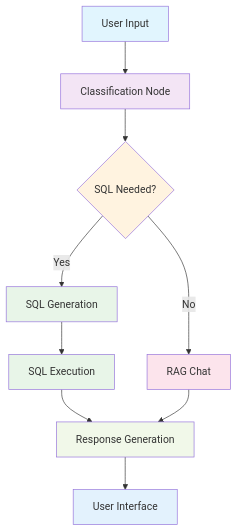
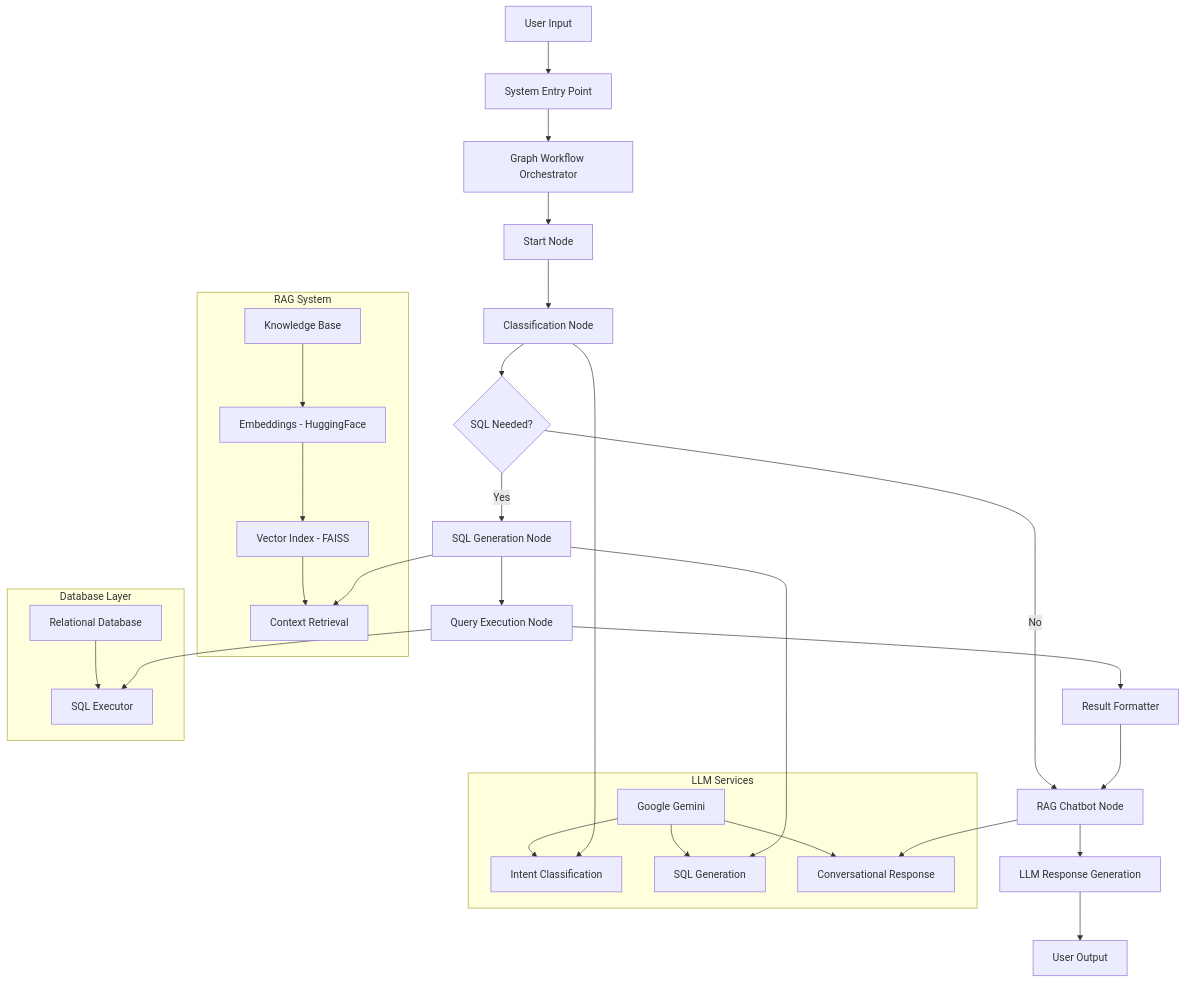
One commit to sayan-in-tech/agentic-rag-with-sql changed the diagram in README.md. Above: the diagram before and after it, drawn with Mermaid.

Commit message:
feat: Revise system workflow diagram in README to reflect updated architecture

````diff
--- a/README.md
+++ b/README.md
@@ -141,20 +141,62 @@
 ```mermaid
 graph TD
-    A[User Input] --> B[Classification Node]
-    B --> C{SQL Needed?}
-    C -->|Yes| D[SQL Generation]
-    C -->|No| E[RAG Chat]
-    D --> F[SQL Execution]
-    F --> G[Response Generation]
-    E --> G
-    G --> H[User Interface]
+    A[User Input] --> B[System Entry Point]
+    B --> C[Graph Workflow Orchestrator]
+    C --> D[Start Node]
+    D --> E[Classification Node]
     
-    style A fill:#e1f5fe
-    style B fill:#f3e5f5
-    style C fill:#fff3e0
-    style D fill:#e8f5e8
-    style E fill:#fce4ec
-    style F fill:#e8f5e8
-    style G fill:#f1f8e9
-    style H fill:#e3f2fd
+    E --> F{SQL Needed?}
+    F -->|Yes| G[SQL Generation Node]
+    F -->|No| H[RAG Chatbot Node]
+    
+    G --> I[Query Execution Node]
+    I --> J[Result Formatter]
+    J --> H
+    
+    H --> K[LLM Response Generation]
+    K --> L[User Output]
+    
+    subgraph "RAG System"
+        M[Knowledge Base]
+        O["Embeddings - HuggingFace"]
+        N["Vector Index - FAISS"]
+        P[Context Retrieval]
+        M --> O
+        O --> N
+        N --> P
+    end
+    
+    subgraph "Database Layer"
+        Q[Relational Database]
+        R[SQL Executor]
+        Q --> R
+    end
+    
+    subgraph "LLM Services"
+        S[Google Gemini]
+        T[Intent Classification]
+        U[SQL Generation]
+        V[Conversational Response]
+        S --> T
+        S --> U
+        S --> V
+    end
+    
+    E --> T
+    G --> U
+    G --> P
+    H --> V
+    I --> R
+    
+    %% style A fill:#e1f5fe
+    %% style B fill:#bbdefb
+    %% style C fill:#c8e6c9
+    %% style E fill:#fff3e0
+    %% style F fill:#ff9800,color:#fff
+    %% style G fill:#e8f5e8
+    %% style H fill:#fce4ec
+    %% style I fill:#e8f5e8
+    %% style K fill:#f1f8e9
+    %% style L fill:#e3f2fd
+
 ```
````
